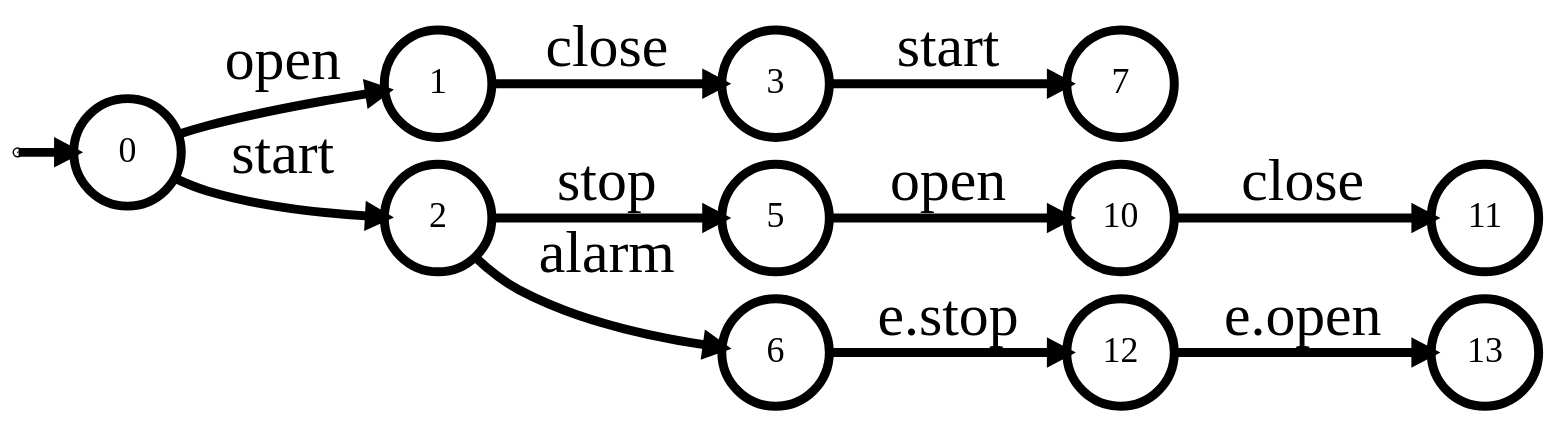
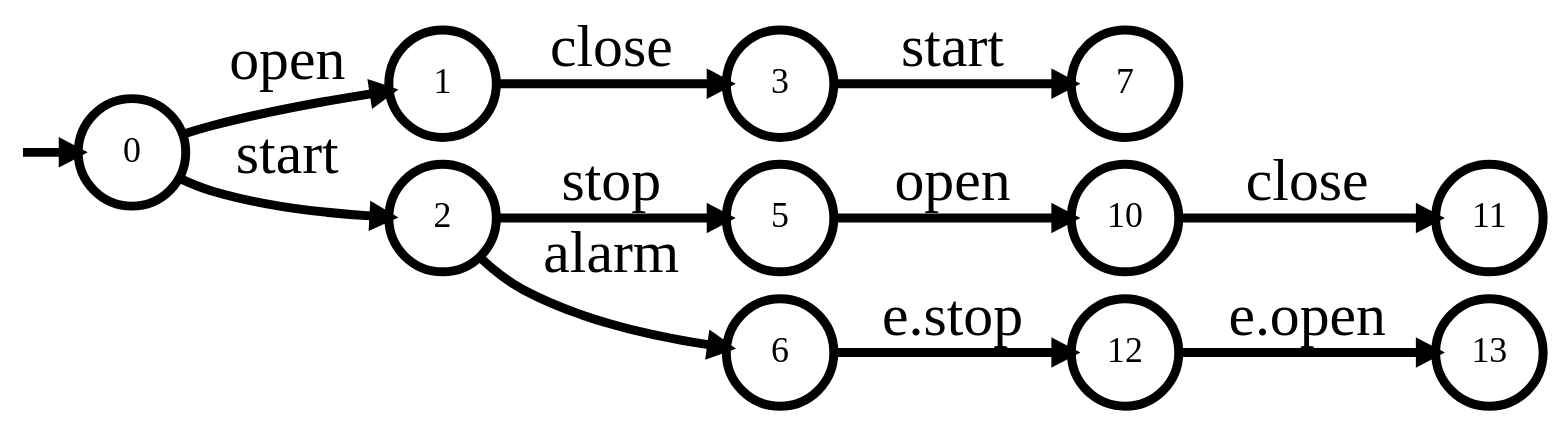
The diagram in writing/src/4-inductive/images/train-pta.dot (blambeau/phd), drawn with Graphviz before and after one commit. The commit also changed 9 other files, not shown here.

```diff
--- a/writing/src/4-inductive/images/train-pta.dot
+++ b/writing/src/4-inductive/images/train-pta.dot
@@ -1,28 +1,29 @@
 digraph G {
     graph [pack="true" rankdir="LR" margin="0"];
     node [fontsize=24 penwidth=6 shape="circle" style="filled" height="1.0" width="1.0" fixedsize="true" fillcolor="white"];
     edge [fontsize=40 penwidth=6]
-    zz [height="0" width="0" fixedsize="true" label="" fillcolor="black"];
+    zz [label="" color="white" fillcolor="white" shape="circle" style="filled" 
+      width=0.05 height=0.05 fixedsize=true ];
     0 [];
     1 [];
     2 [];
     3 [];
     5 [];
     6 [];
     7 [];
     10 [];
     11 [];
     12 [];
     13 [];
     zz -> 0 [label=""];
     0 -> 1 [label="open"];
     0 -> 2 [label="start"];
     1 -> 3 [label="close"];
     2 -> 5 [label="stop"];
     3 -> 7 [label="start"];
-    2 -> 6 [label="alarm"]
-    5 -> 10 [label="open"]
-    10 -> 11 [label="close"]
-    6 -> 12 [label="e.stop"]
-    12 -> 13 [label="e.open"]
+    2 -> 6 [label="alarm"];
+    5 -> 10 [label="open"];
+    10 -> 11 [label="close"];
+    6 -> 12 [label="e.stop"];
+    12 -> 13 [label="e.open"];
 }
```
